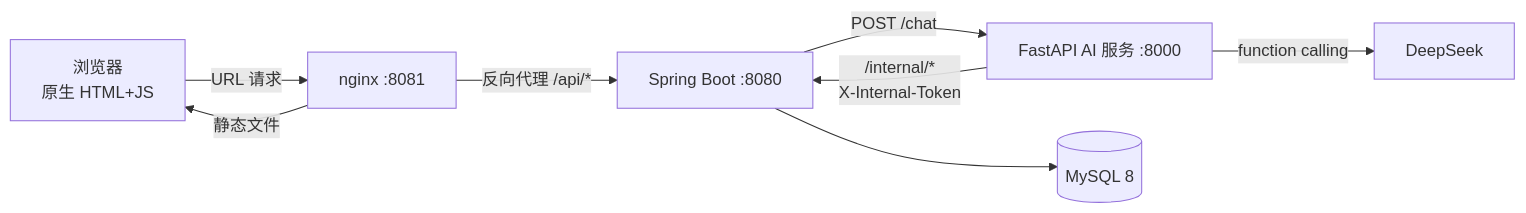
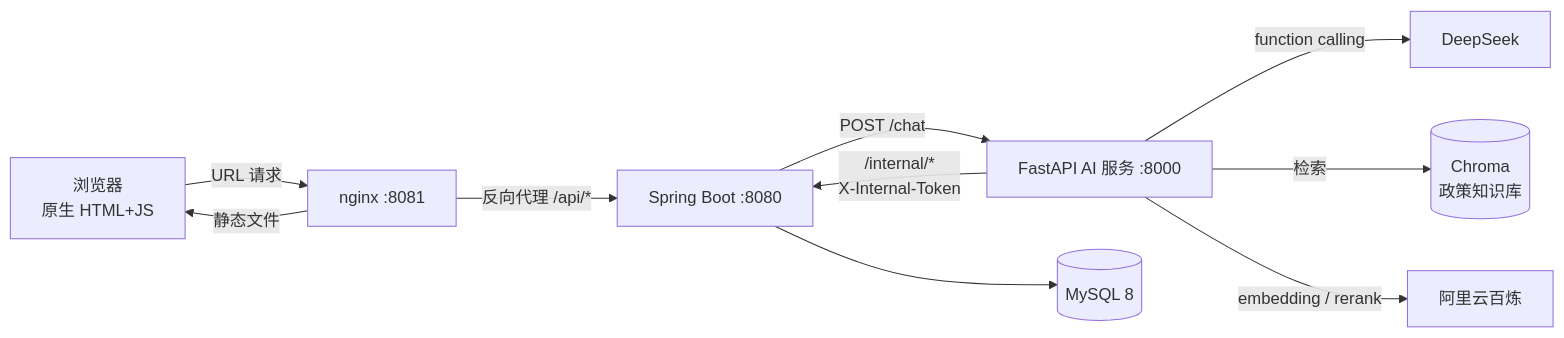
The diagram in README.md (mayiran23/ai-commerce-service-platform), drawn with Mermaid before and after one commit. The commit also changed other lines of this file, not shown here.

````diff
--- a/README.md
+++ b/README.md
@@ -18,10 +18,12 @@
 ```mermaid
 graph LR
     A["浏览器<br/>原生 HTML+JS"] -->|"URL 请求"| B["nginx :8081"]
     B -->|"静态文件"| A
     B -->|"反向代理 /api/*"| C["Spring Boot :8080"]
     C -->|"POST /chat"| D["FastAPI AI 服务 :8000"]
     D -->|"function calling"| E["DeepSeek"]
     D -->|"/internal/*<br/>X-Internal-Token"| C
+    D -->|"检索"| G[("Chroma<br/>政策知识库")]
+    D -->|"embedding / rerank"| H["阿里云百炼"]
     C --> F[("MySQL 8")]
 ```
````
